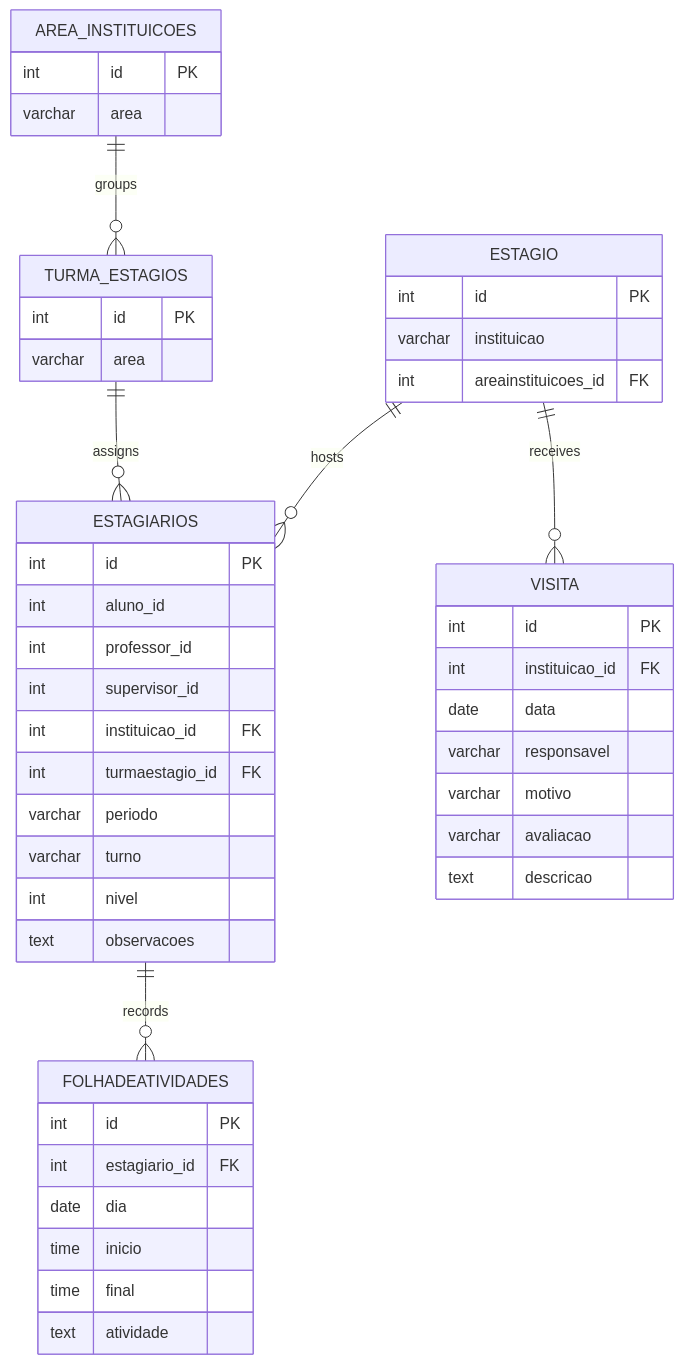
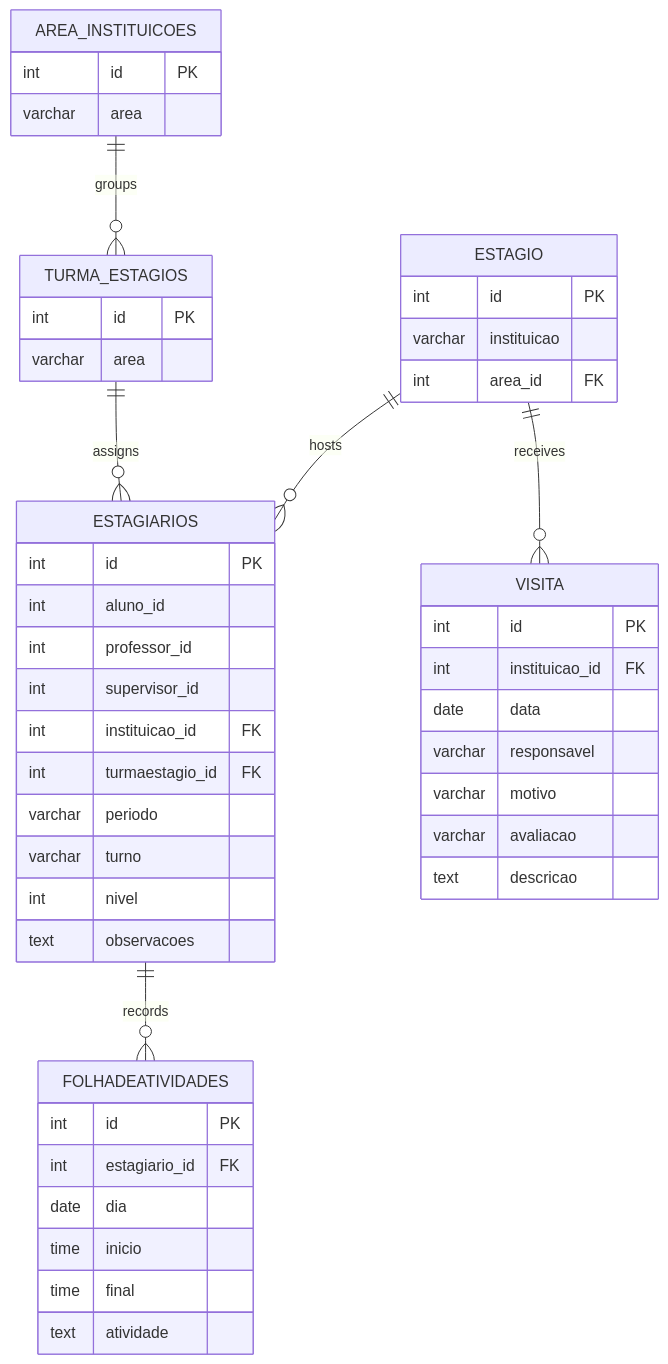
The seventh of 8 diagrams in .qoder/repowiki/en/content/Data Models & Database Design/Institutional Management Models.md (luiseduacosta/nodemural), drawn with Mermaid before and after one commit. The commit also changed 8 other files, not shown here.

````diff
--- a/.qoder/repowiki/en/content/Data Models & Database Design/Institutional Management Models.md
+++ b/.qoder/repowiki/en/content/Data Models & Database Design/Institutional Management Models.md
@@ -402,50 +402,50 @@
 ```mermaid
 erDiagram
 AREA_INSTITUICOES {
 int id PK
 varchar area
 }
 TURMA_ESTAGIOS {
 int id PK
 varchar area
 }
 ESTAGIO {
 int id PK
 varchar instituicao
-int areainstituicoes_id FK
+int area_id FK
 }
 ESTAGIARIOS {
 int id PK
 int aluno_id
 int professor_id
 int supervisor_id
 int instituicao_id FK
 int turmaestagio_id FK
 varchar periodo
 varchar turno
 int nivel
 text observacoes
 }
 FOLHADEATIVIDADES {
 int id PK
 int estagiario_id FK
 date dia
 time inicio
 time final
 text atividade
 }
 VISITA {
 int id PK
 int instituicao_id FK
 date data
 varchar responsavel
 varchar motivo
 varchar avaliacao
 text descricao
 }
 AREA_INSTITUICOES ||--o{ TURMA_ESTAGIOS : "groups"
 TURMA_ESTAGIOS ||--o{ ESTAGIARIOS : "assigns"
 ESTAGIO ||--o{ ESTAGIARIOS : "hosts"
 ESTAGIARIOS ||--o{ FOLHADEATIVIDADES : "records"
 ESTAGIO ||--o{ VISITA : "receives"
 ```
````
